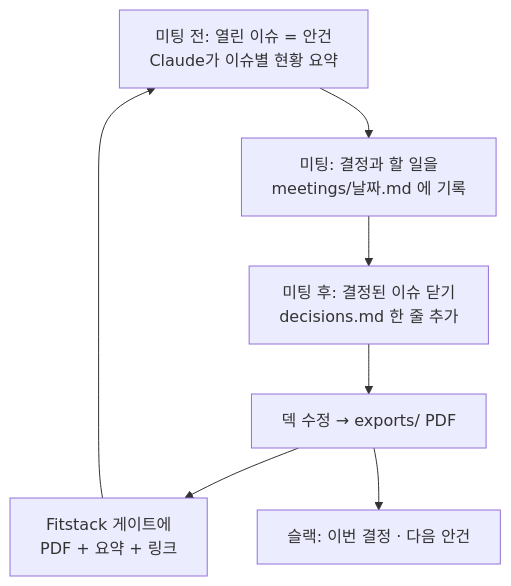
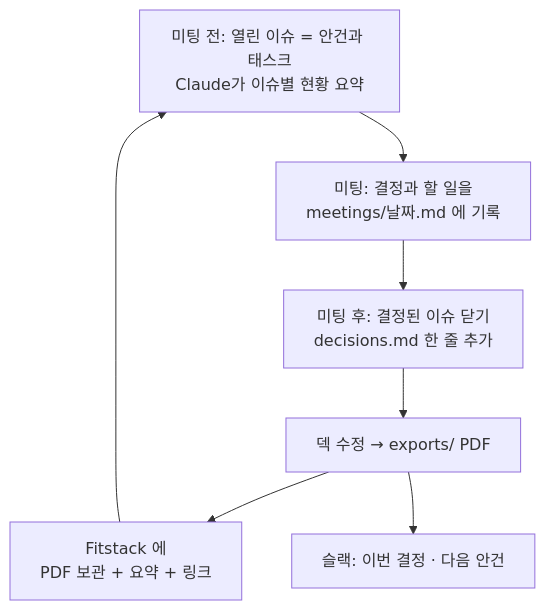
The second of 2 diagrams in docs/working-model.md (GeonwooKim-fitogether/smart-dock-npi), drawn with Mermaid before and after one commit. The commit also changed other lines of this file, not shown here.

First line of the commit message:
docs: 운영 틀을 v0.2 로 고친다 — 일은 GitHub, 기록은 Fitstack

````diff
--- a/docs/working-model.md
+++ b/docs/working-model.md
@@ -83,9 +96,9 @@
 ```mermaid
 flowchart TD
-  A[미팅 전: 열린 이슈 = 안건<br/>Claude가 이슈별 현황 요약] --> B[미팅: 결정과 할 일을<br/>meetings/날짜.md 에 기록]
+  A[미팅 전: 열린 이슈 = 안건과 태스크<br/>Claude가 이슈별 현황 요약] --> B[미팅: 결정과 할 일을<br/>meetings/날짜.md 에 기록]
   B --> C[미팅 후: 결정된 이슈 닫기<br/>decisions.md 한 줄 추가]
   C --> D[덱 수정 → exports/ PDF]
-  D --> E[Fitstack 게이트에<br/>PDF + 요약 + 링크]
+  D --> E[Fitstack 에<br/>PDF 보관 + 요약 + 링크]
   D --> F[슬랙: 이번 결정 · 다음 안건]
   E --> A
 ```
````
